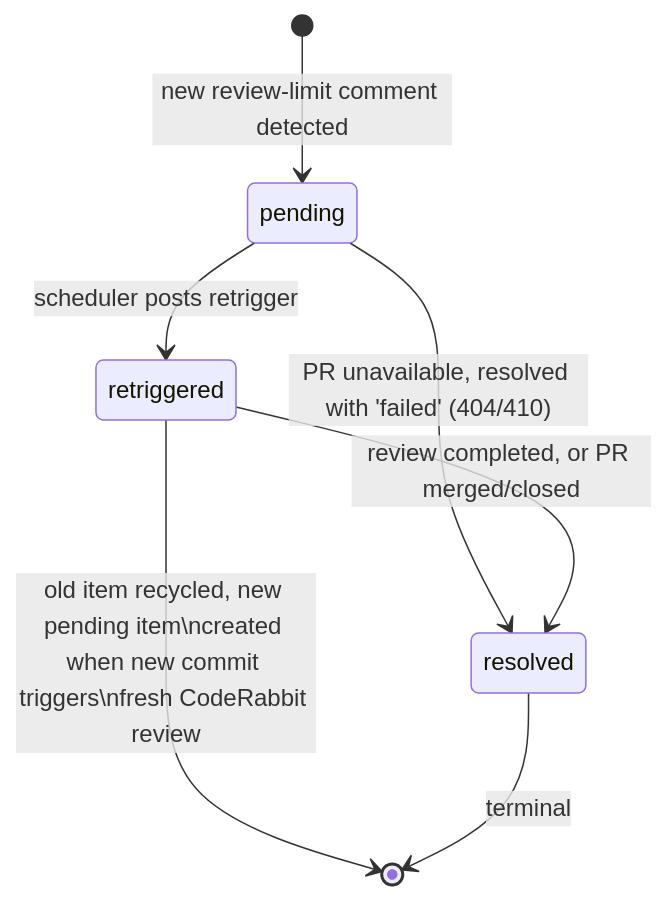
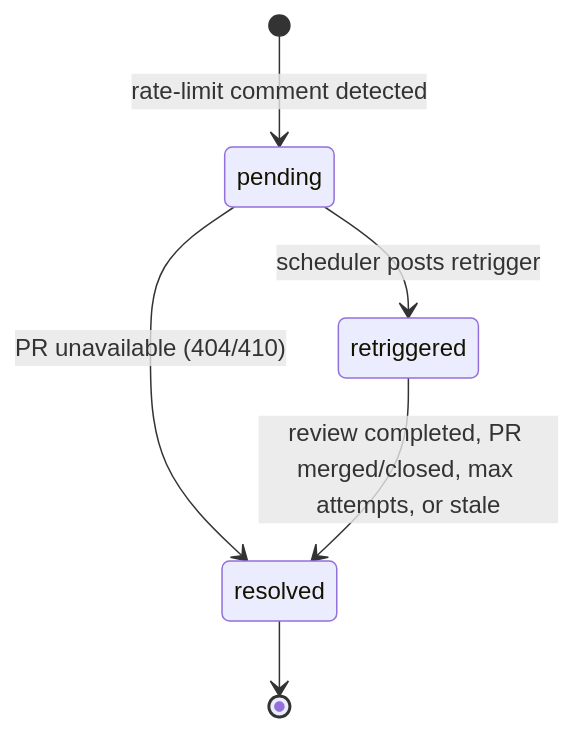
Before and after one commit to couimet/rabbit-maximizer: the diagram in docs/queue-status.md, drawn with Mermaid. The commit also changed other lines of this file and 121 other files, not shown here.

````diff
--- a/docs/queue-status.md
+++ b/docs/queue-status.md
@@ -5,9 +5,8 @@
 ```mermaid
 stateDiagram-v2
-    [*] --> pending: new review-limit comment detected
+    [*] --> pending: rate-limit comment detected
     pending --> retriggered: scheduler posts retrigger
-    pending --> resolved: PR unavailable, resolved with 'failed' (404/410)
-    retriggered --> resolved: review completed, or PR merged/closed
-    retriggered --> [*]: old item recycled, new pending item\ncreated when new commit triggers\nfresh CodeRabbit review
-    resolved --> [*]: terminal
+    pending --> resolved: PR unavailable (404/410)
+    retriggered --> resolved: review completed, PR merged/closed, max attempts, or stale
+    resolved --> [*]
 ```
````
